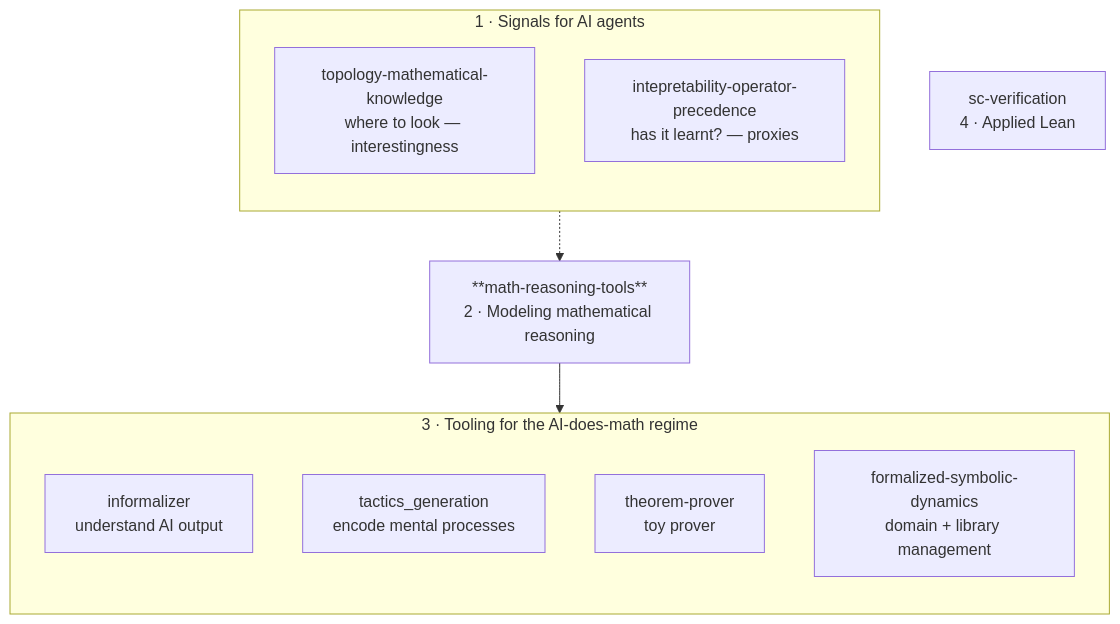
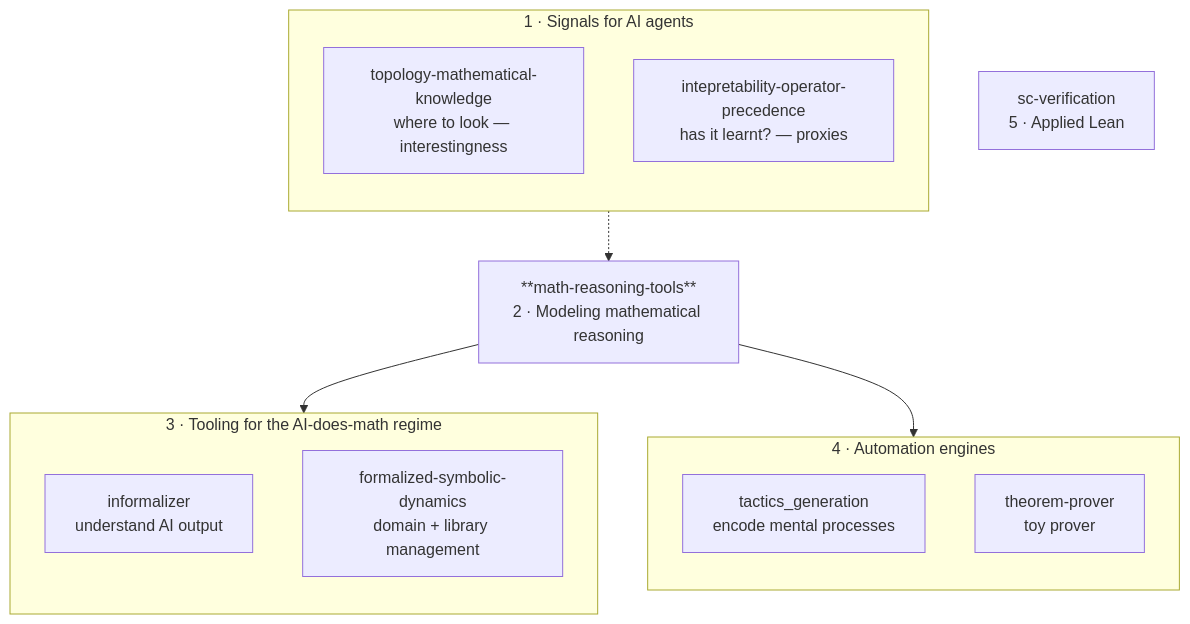
One commit to Sfgangloff/sfgangloff changed the diagram in README.md. Above: the diagram before and after it, drawn with Mermaid. The commit also changed other lines of this file, not shown here.

First line of the commit message:
Split out Automation engines section in README

````diff
--- a/README.md
+++ b/README.md
@@ -46,23 +52,28 @@
 ```mermaid
 flowchart TB
     subgraph SIGNALS["1 · Signals for AI agents"]
         direction TB
         TMK[topology-mathematical-knowledge<br/>where to look — interestingness]
         IOP[intepretability-operator-precedence<br/>has it learnt? — proxies]
     end
 
     MRT["**math-reasoning-tools**<br/>2 · Modeling mathematical reasoning"]
 
     subgraph TOOLING["3 · Tooling for the AI-does-math regime"]
         direction TB
         INF[informalizer<br/>understand AI output]
-        TG[tactics_generation<br/>encode mental processes]
-        TP[theorem-prover<br/>toy prover]
         FSD[formalized-symbolic-dynamics<br/>domain + library management]
     end
 
-    SCV["sc-verification<br/>4 · Applied Lean"]
+    subgraph ENGINES["4 · Automation engines"]
+        direction TB
+        TG[tactics_generation<br/>encode mental processes]
+        TP[theorem-prover<br/>toy prover]
+    end
+
+    SCV["sc-verification<br/>5 · Applied Lean"]
 
     SIGNALS -.-> MRT
     MRT --> TOOLING
+    MRT --> ENGINES
 ```
````
